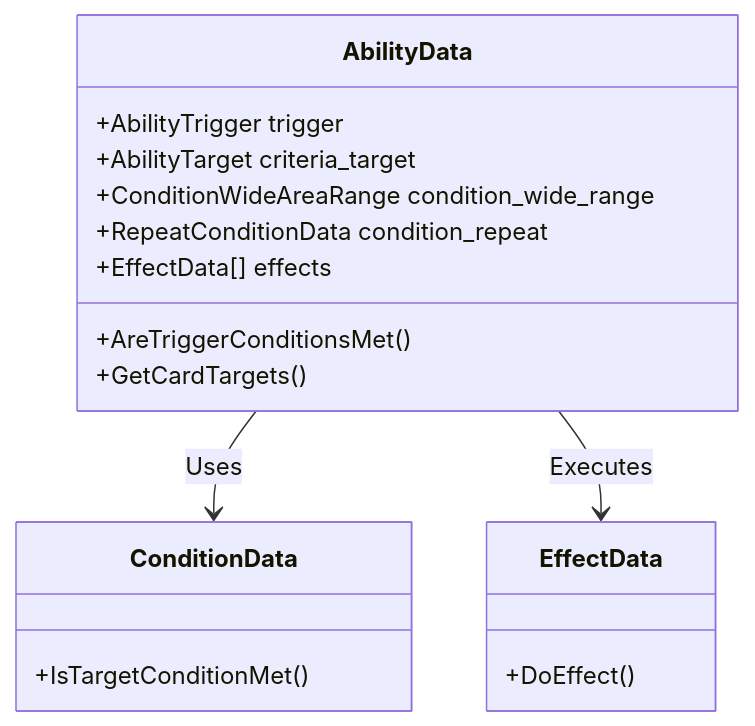
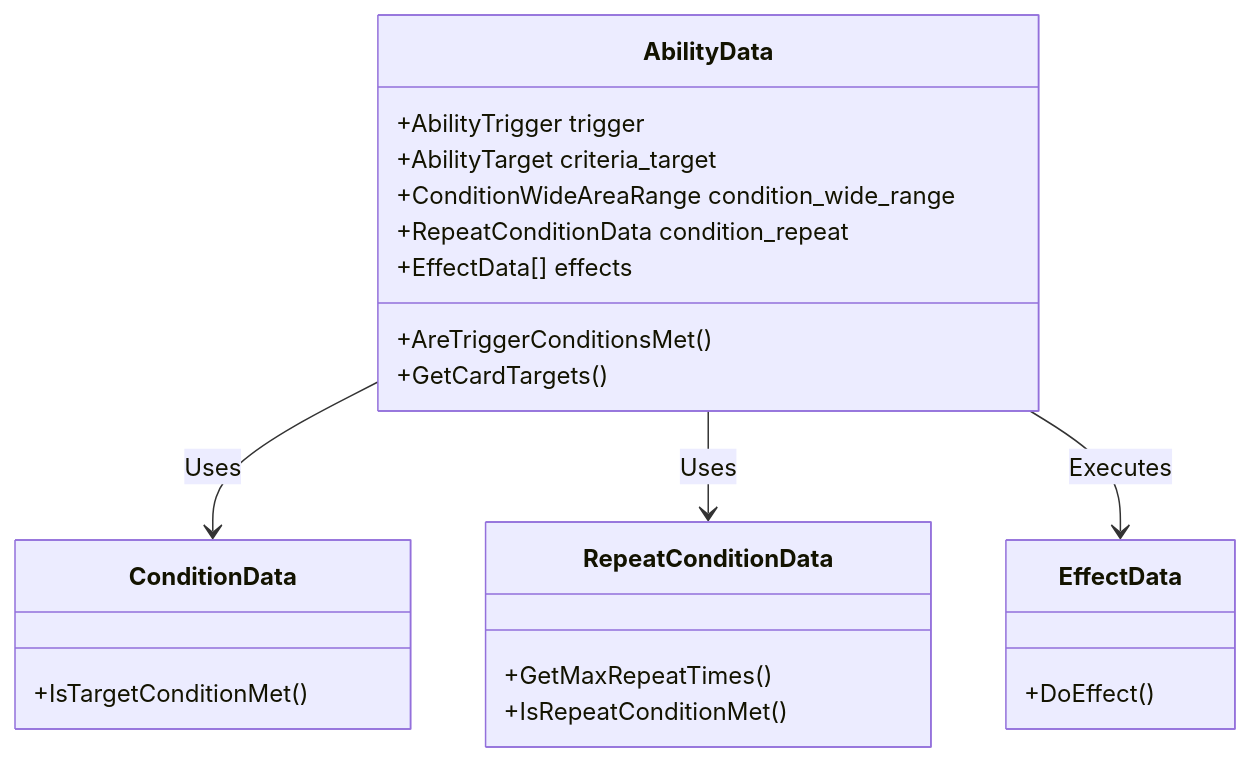
One commit to rosaa9979/CardArchive changed the first of 7 diagrams in README.md. Above: the diagram before and after it, drawn with Mermaid. The commit also changed other lines of this file and 10 other files, not shown here.

````diff
--- a/README.md
+++ b/README.md
@@ -143,21 +71,26 @@
 ```mermaid
 classDiagram
     class AbilityData {
         +AbilityTrigger trigger
         +AbilityTarget criteria_target
         +ConditionWideAreaRange condition_wide_range
         +RepeatConditionData condition_repeat
         +EffectData[] effects
         +AreTriggerConditionsMet()
         +GetCardTargets()
     }
     class ConditionData {
         +IsTargetConditionMet()
     }
+    class RepeatConditionData {
+        +GetMaxRepeatTimes()
+        +IsRepeatConditionMet()
+    }
     class EffectData {
         +DoEffect()
     }
 
     AbilityData --> ConditionData : Uses
+    AbilityData --> RepeatConditionData : Uses
     AbilityData --> EffectData : Executes
 ```
````
